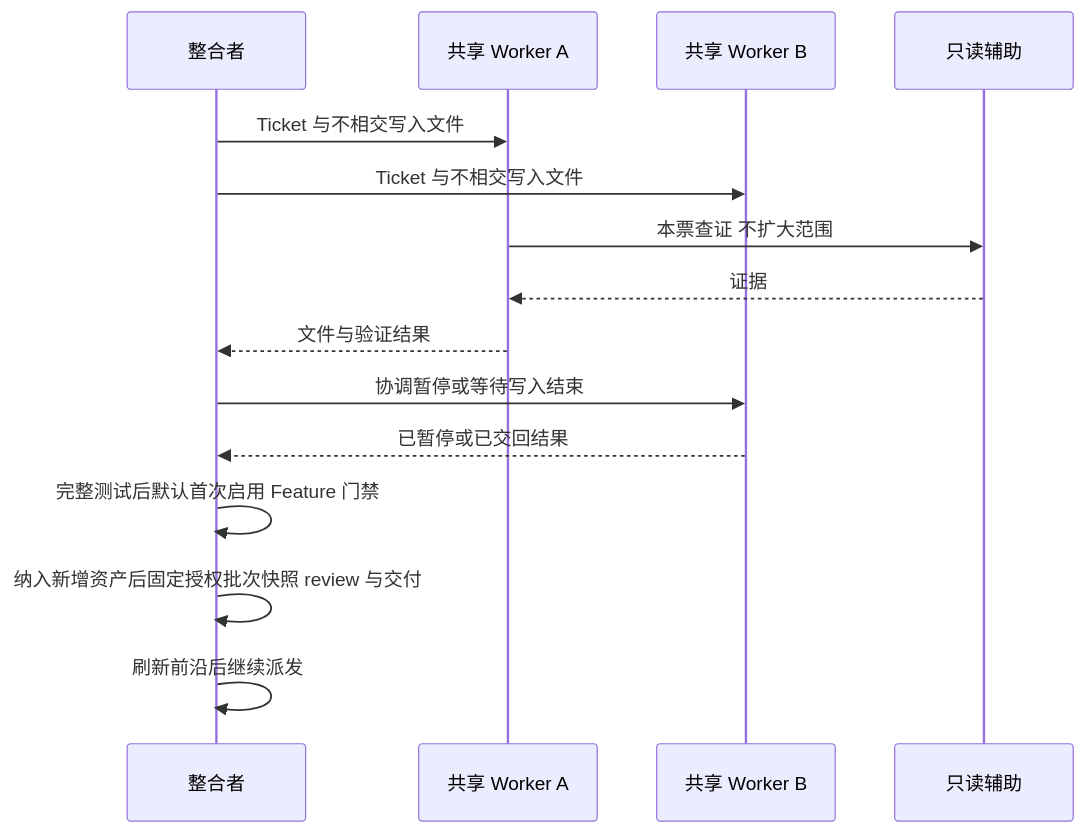
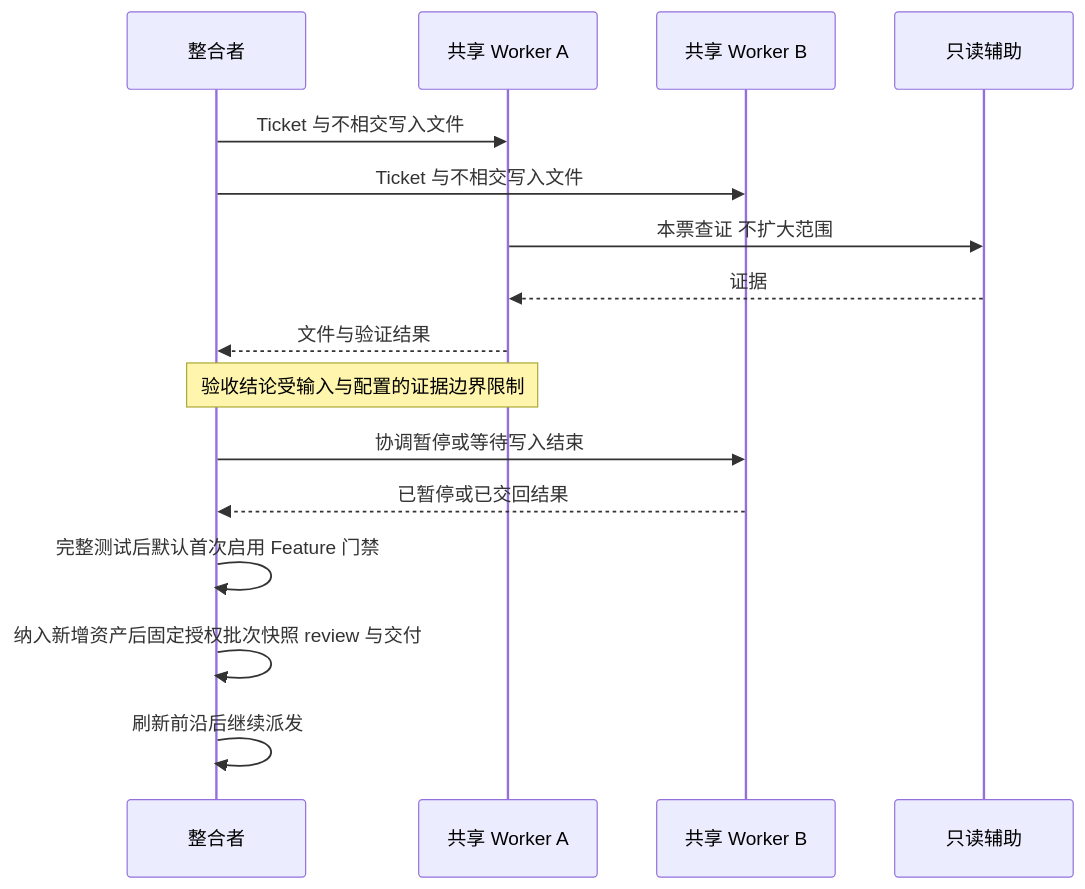
Before and after one commit to liu-qingyuan/skills-sync-lqy: the fourth of 8 diagrams in docs/architecture/spec-implementation.md, drawn with Mermaid. The commit also changed other lines of this file and 10 other files, not shown here.

````diff
--- a/docs/architecture/spec-implementation.md
+++ b/docs/architecture/spec-implementation.md
@@ -48,17 +51,18 @@
 ```mermaid
 sequenceDiagram
     participant C as 整合者
     participant A as 共享 Worker A
     participant B as 共享 Worker B
     participant H as 只读辅助
     C->>A: Ticket 与不相交写入文件
     C->>B: Ticket 与不相交写入文件
     A->>H: 本票查证 不扩大范围
     H-->>A: 证据
     A-->>C: 文件与验证结果
+    Note over C,A: 验收结论受输入与配置的证据边界限制
     C->>B: 协调暂停或等待写入结束
     B-->>C: 已暂停或已交回结果
     C->>C: 完整测试后默认首次启用 Feature 门禁
     C->>C: 纳入新增资产后固定授权批次快照 review 与交付
     C->>C: 刷新前沿后继续派发
 ```
````
